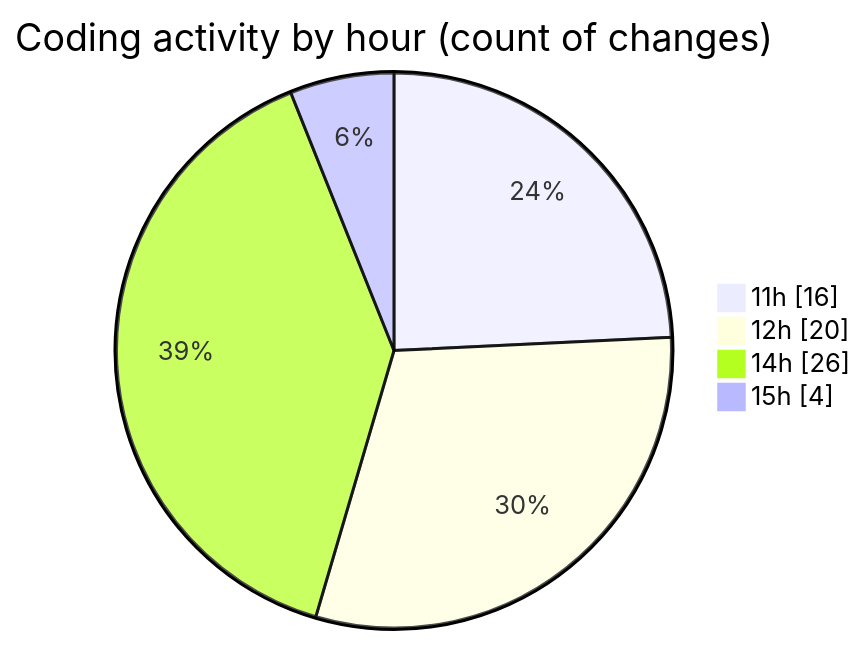
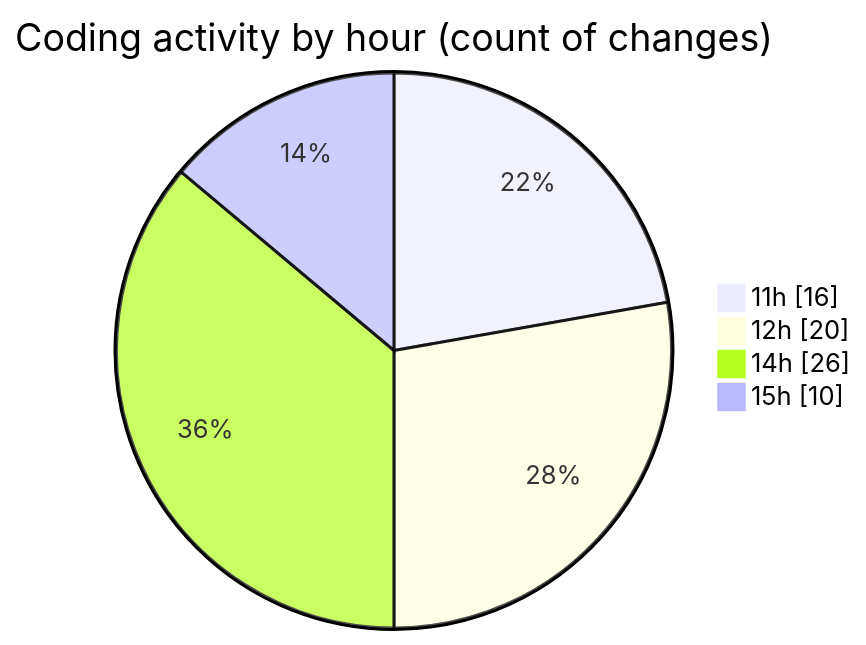
The second of 2 diagrams in 2025-03-26/back-end/README.md (Netris89/code-tracking), drawn with Mermaid before and after one commit. The commit also changed other lines of this file and 1 other file, not shown here.

````diff
--- a/2025-03-26/back-end/README.md
+++ b/2025-03-26/back-end/README.md
@@ -54,8 +56,8 @@
 ```mermaid
 pie showData
 title Coding activity by hour (count of changes)
 "11h" : 16
 "12h" : 20
 "14h" : 26
-"15h" : 4
+"15h" : 10
 ```
````
